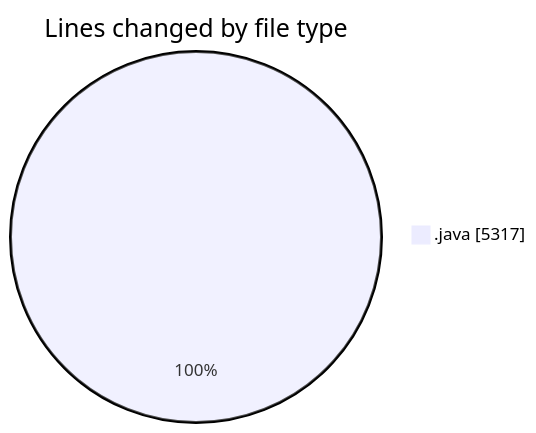
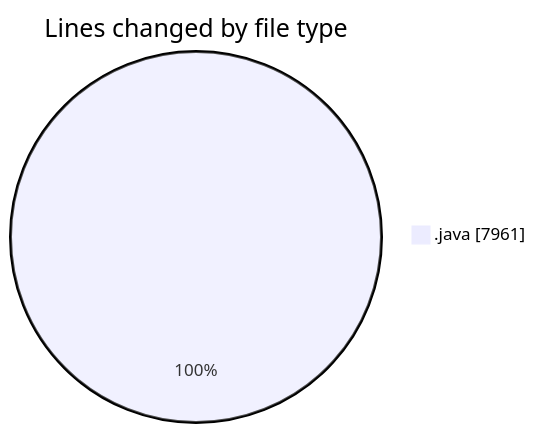
The first of 2 diagrams in 2026-03-12/cilapp/README.md (ricardozamudiocil/code-tracking), drawn with Mermaid before and after one commit. The commit also changed other lines of this file and 1 other file, not shown here.

````diff
--- a/2026-03-12/cilapp/README.md
+++ b/2026-03-12/cilapp/README.md
@@ -23,5 +24,5 @@
 ```mermaid
 pie showData
 title Lines changed by file type
-".java" : 5317
+".java" : 7961
 ```
````
